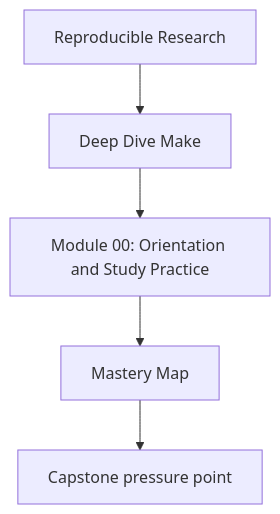
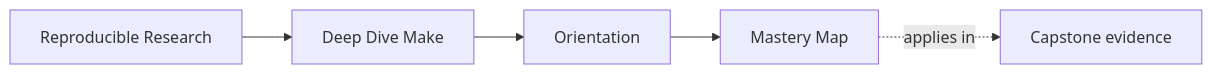
One commit to bijux/bijux-masterclass changed the first of 2 diagrams in programs/reproducible-research/deep-dive-make/course-book/module-00-orientation/mastery-map.md. Above: the diagram before and after it, drawn with Mermaid. The commit also changed other lines of this file and 146 other files, not shown here.

Commit message:
docs(deep-dive-make): map build truth and release review surfaces

````diff
--- a/programs/reproducible-research/deep-dive-make/course-book/module-00-orientation/mastery-map.md
+++ b/programs/reproducible-research/deep-dive-make/course-book/module-00-orientation/mastery-map.md
@@ -6,7 +6,11 @@
 ```mermaid
-flowchart TD
-  family["Reproducible Research"] --> program["Deep Dive Make"]
-  program --> module["Module 00: Orientation and Study Practice"]
-  module --> concept["Mastery Map"]
-  concept --> capstone["Capstone pressure point"]
+graph LR
+  family["Reproducible Research"]
+  program["Deep Dive Make"]
+  section["Orientation"]
+  page["Mastery Map"]
+  capstone["Capstone evidence"]
+
+  family --> program --> section --> page
+  page -.applies in.-> capstone
 ```
````
